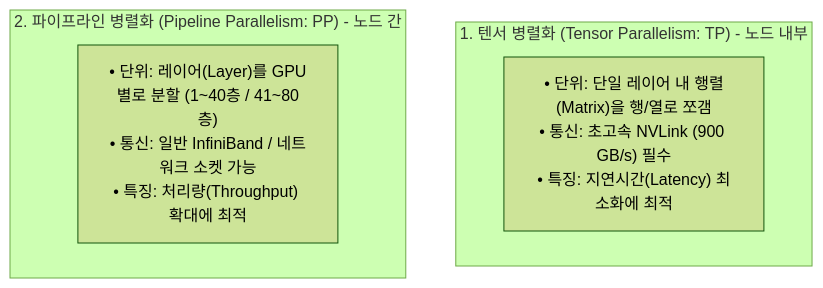
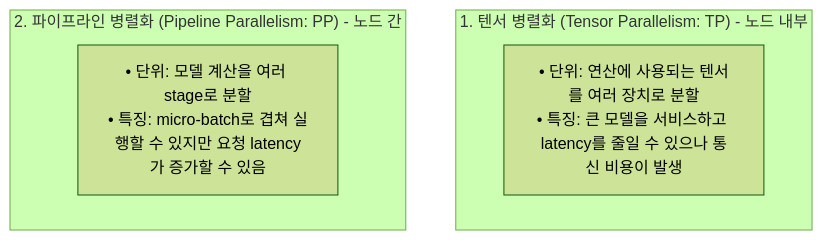
One commit to sing-u8/AI-Engineering changed the third of 3 diagrams in chapter-qa/ch09-inference-optimization-qa/03-speculative-decoding-caching-and-parallelism.md. Above: the diagram before and after it, drawn with Mermaid (forest theme). The commit also changed other lines of this file and 3 other files, not shown here.

````diff
--- a/chapter-qa/ch09-inference-optimization-qa/03-speculative-decoding-caching-and-parallelism.md
+++ b/chapter-qa/ch09-inference-optimization-qa/03-speculative-decoding-caching-and-parallelism.md
@@ -117,10 +112,10 @@
 ```mermaid
 flowchart TD
     subgraph TP["1. 텐서 병렬화 (Tensor Parallelism: TP) - 노드 내부"]
-        TP_Desc["• 단위: 단일 레이어 내 행렬(Matrix)을 행/열로 쪼갬<br/>• 통신: 초고속 NVLink (900 GB/s) 필수<br/>• 특징: 지연시간(Latency) 최소화에 최적"]
+        TP_Desc["• 단위: 연산에 사용되는 텐서를 여러 장치로 분할<br/>• 특징: 큰 모델을 서비스하고 latency를 줄일 수 있으나 통신 비용이 발생"]
     end
 
     subgraph PP["2. 파이프라인 병렬화 (Pipeline Parallelism: PP) - 노드 간"]
-        PP_Desc["• 단위: 레이어(Layer)를 GPU별로 분할 (1~40층 / 41~80층)<br/>• 통신: 일반 InfiniBand / 네트워크 소켓 가능<br/>• 특징: 처리량(Throughput) 확대에 최적"]
+        PP_Desc["• 단위: 모델 계산을 여러 stage로 분할<br/>• 특징: micro-batch로 겹쳐 실행할 수 있지만 요청 latency가 증가할 수 있음"]
     end
 ```
````
